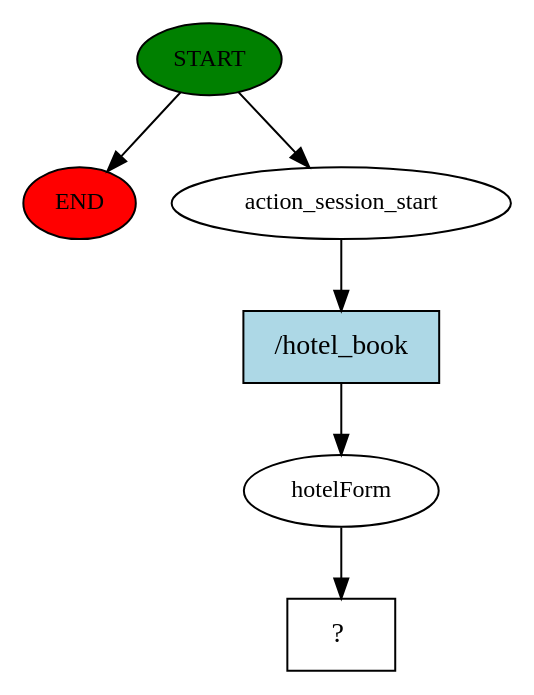
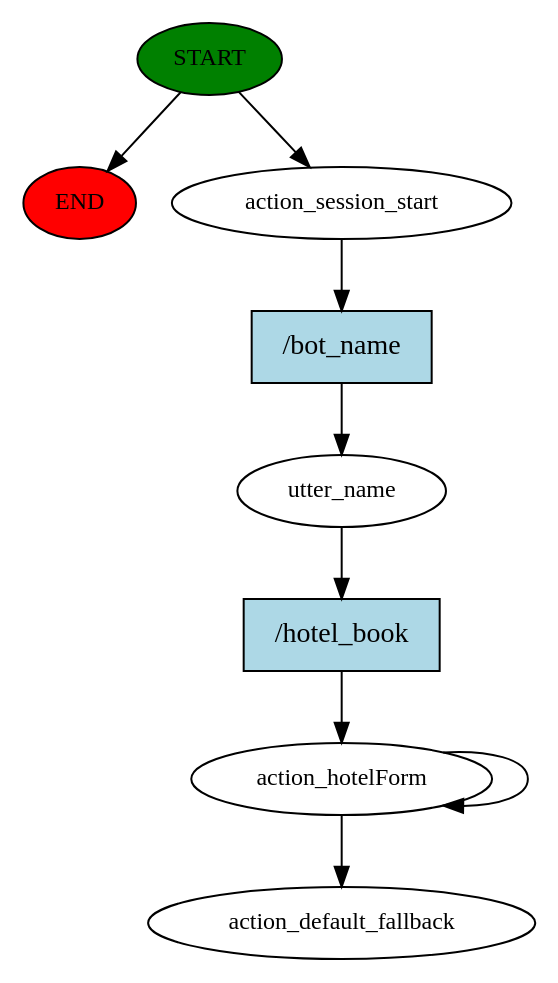
The diagram in TravelBOT/story_graph.dot (joegaspari/Team24-COSC310), drawn with Graphviz before and after one commit. The commit also changed 7 other files, not shown here.

Commit message:
hotel_form not working

```diff
--- a/TravelBOT/story_graph.dot
+++ b/TravelBOT/story_graph.dot
@@ -1,13 +1,18 @@
 digraph  {
 0 [class="start active", fillcolor=green, fontsize=12, label=START, style=filled];
 "-1" [class=end, fillcolor=red, fontsize=12, label=END, style=filled];
 1 [class=active, fontsize=12, label=action_session_start];
-2 [class=active, fontsize=12, label=hotelForm];
-3 [class="intent dashed active", label="  ?  ", shape=rect];
-4 [class="intent active", fillcolor=lightblue, label="/hotel_book", shape=rect, style=filled];
+2 [class=active, fontsize=12, label=utter_name];
+3 [class=active, fontsize=12, label=action_hotelForm];
+5 [class="dashed active", fontsize=12, label=action_default_fallback];
+6 [class="intent active", fillcolor=lightblue, label="/bot_name", shape=rect, style=filled];
+7 [class="intent active", fillcolor=lightblue, label="/hotel_book", shape=rect, style=filled];
 0 -> "-1"  [class="", key=NONE, label=""];
 0 -> 1  [class=active, key=NONE, label=""];
-1 -> 4  [class=active, key=0];
-2 -> 3  [class=active, key=NONE, label=""];
-4 -> 2  [class=active, key=0];
+1 -> 6  [class=active, key=0];
+2 -> 7  [class=active, key=0];
+3 -> 5  [class=active, key=NONE, label=""];
+3 -> 3  [class=active, key=NONE, label=""];
+6 -> 2  [class=active, key=0];
+7 -> 3  [class=active, key=0];
 }
```
